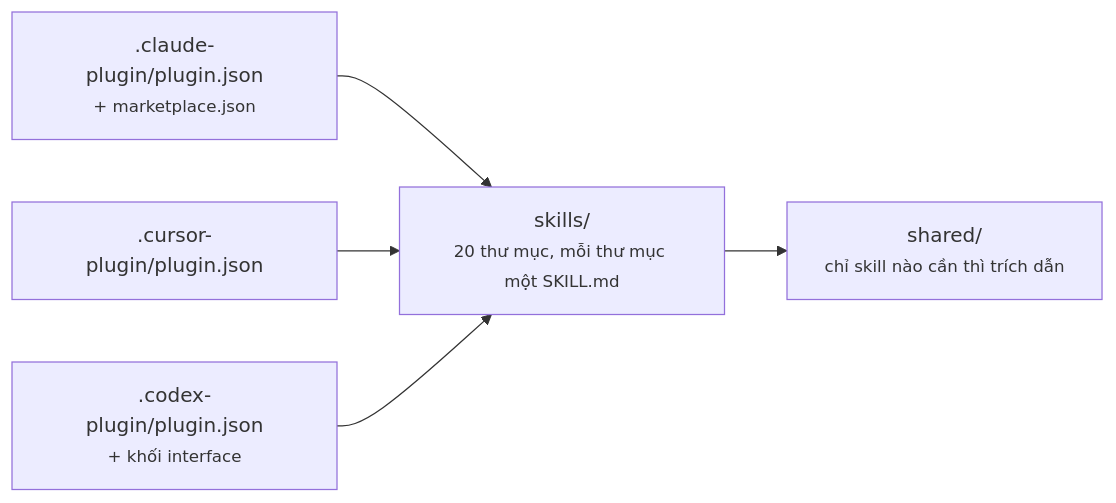
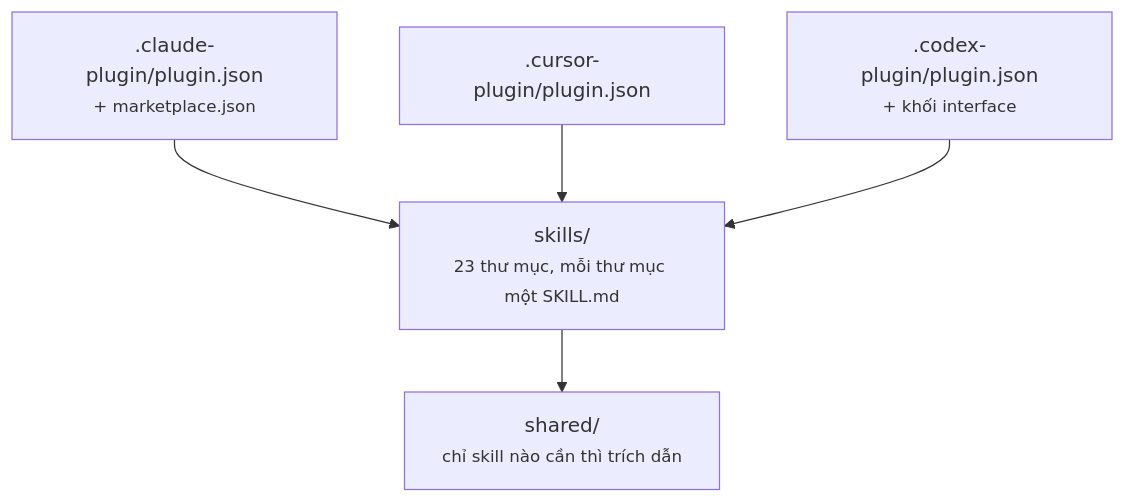
The first of 2 diagrams in docs/vi/system-architecture.md (lamngockhuong/aiteamkit), drawn with Mermaid before and after one commit. The commit also changed 14 other files, not shown here.

````diff
--- a/docs/vi/system-architecture.md
+++ b/docs/vi/system-architecture.md
@@ -45,7 +45,7 @@
 ```mermaid
-flowchart LR
-    CP[".claude-plugin/plugin.json<br/><small>+ marketplace.json</small>"] --> SK["skills/<br/><small>20 thư mục, mỗi thư mục một SKILL.md</small>"]
+flowchart TD
+    CP[".claude-plugin/plugin.json<br/><small>+ marketplace.json</small>"] --> SK["skills/<br/><small>23 thư mục, mỗi thư mục một SKILL.md</small>"]
     UP[".cursor-plugin/plugin.json"] --> SK
     XP[".codex-plugin/plugin.json<br/><small>+ khối interface</small>"] --> SK
     SK --> SH["shared/<br/><small>chỉ skill nào cần thì trích dẫn</small>"]
 ```
````
